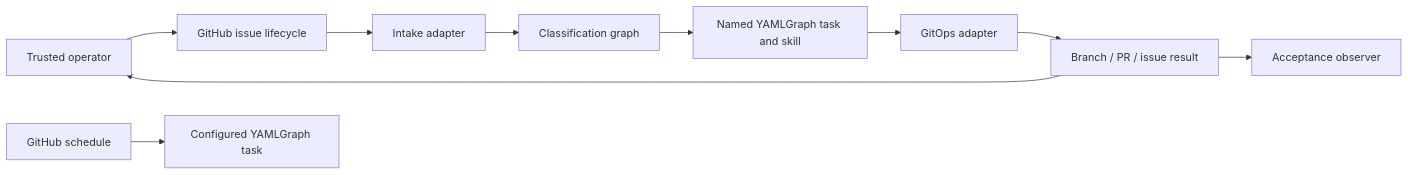
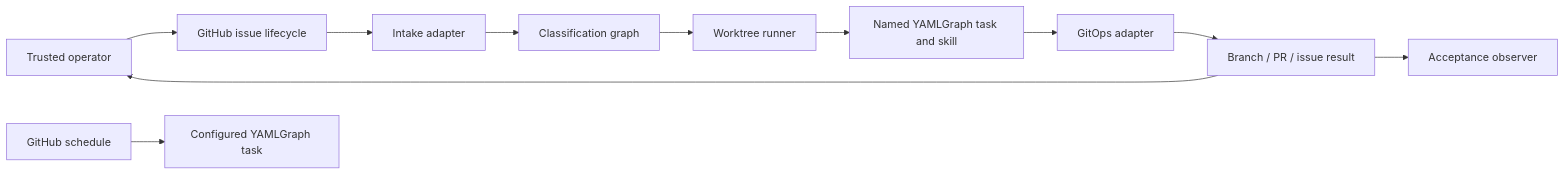
One commit to sheikkinen/gitclaw changed the first of 2 diagrams in docs/architecture.md. Above: the diagram before and after it, drawn with Mermaid. The commit also changed other lines of this file and 1 other file, not shown here.

Commit message:
docs(architecture): define classified worktree process

````diff
--- a/docs/architecture.md
+++ b/docs/architecture.md
@@ -41,13 +41,14 @@
 ```mermaid
 flowchart LR
     H[Trusted operator] --> I[GitHub issue lifecycle]
     I --> A[Intake adapter]
     A --> C[Classification graph]
-    C --> T[Named YAMLGraph task and skill]
+   C --> W[Worktree runner]
+   W --> T[Named YAMLGraph task and skill]
     T --> G[GitOps adapter]
     G --> R[Branch / PR / issue result]
     R --> H
     R --> O[Acceptance observer]
 
     S[GitHub schedule] --> Q[Configured YAMLGraph task]
 ```
````
